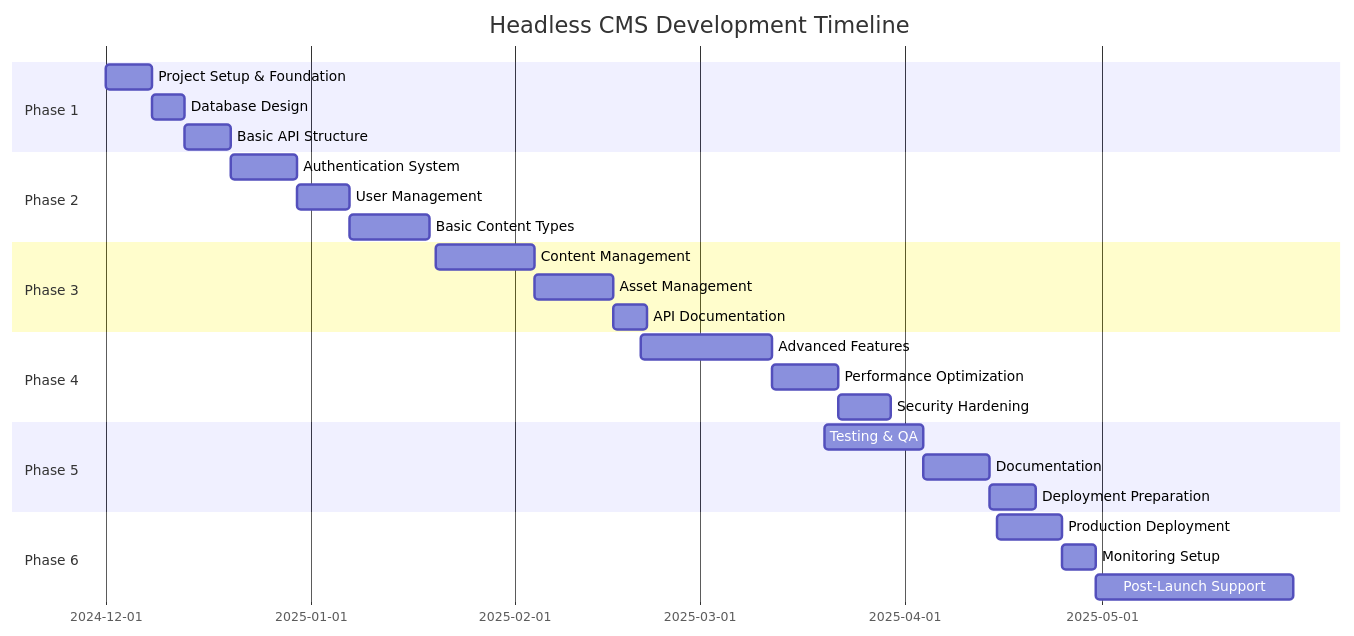
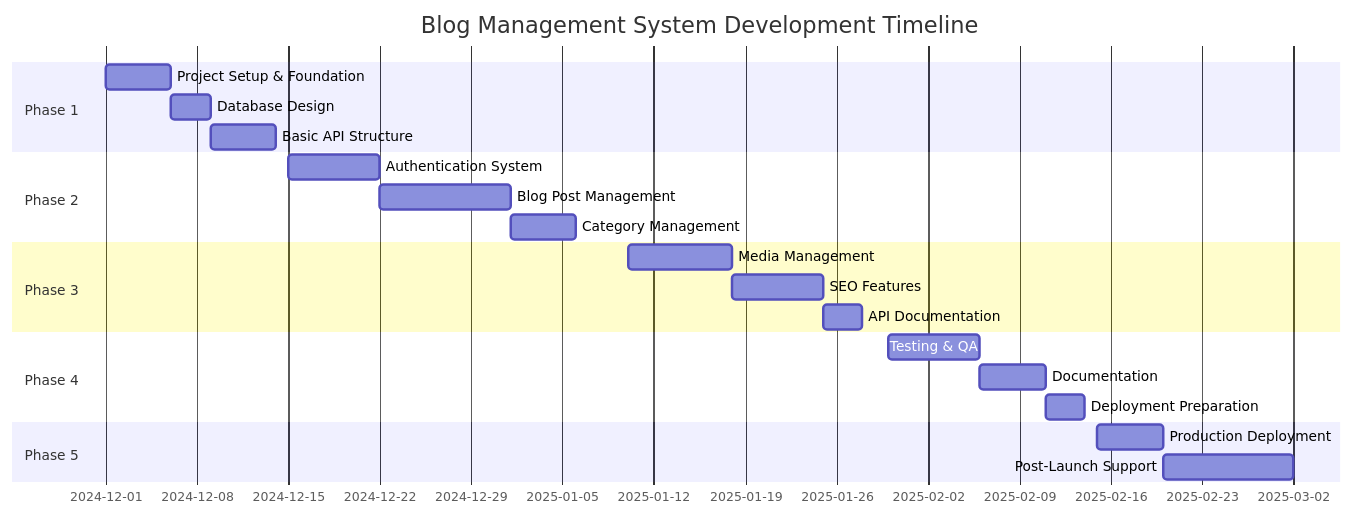
One commit to Dragon745/Content-Management-System changed the first of 5 diagrams in ROADMAP.md. Above: the diagram before and after it, drawn with Mermaid. The commit also changed other lines of this file and 1 other file, not shown here.

````diff
--- a/ROADMAP.md
+++ b/ROADMAP.md
@@ -50,34 +50,28 @@
 ```mermaid
 gantt
-    title Headless CMS Development Timeline
+    title Blog Management System Development Timeline
     dateFormat  YYYY-MM-DD
     section Phase 1
-    Project Setup & Foundation    :setup, 2024-12-01, 7d
-    Database Design               :db-design, after setup, 5d
-    Basic API Structure           :api-structure, after db-design, 7d
+    Project Setup & Foundation    :setup, 2024-12-01, 5d
+    Database Design               :db-design, after setup, 3d
+    Basic API Structure           :api-structure, after db-design, 5d
 
     section Phase 2
-    Authentication System         :auth, 2024-12-20, 10d
-    User Management               :user-mgmt, after auth, 8d
-    Basic Content Types           :content-types, after user-mgmt, 12d
+    Authentication System         :auth, 2024-12-15, 7d
+    Blog Post Management          :blog-mgmt, after auth, 10d
+    Category Management           :category-mgmt, after blog-mgmt, 5d
 
     section Phase 3
-    Content Management            :content-mgmt, 2025-01-20, 15d
-    Asset Management              :asset-mgmt, after content-mgmt, 12d
-    API Documentation             :api-docs, after asset-mgmt, 5d
+    Media Management              :media-mgmt, 2025-01-10, 8d
+    SEO Features                  :seo-features, after media-mgmt, 7d
+    API Documentation             :api-docs, after seo-features, 3d
 
     section Phase 4
-    Advanced Features             :advanced, 2025-02-20, 20d
-    Performance Optimization      :perf-opt, after advanced, 10d
-    Security Hardening            :security, after perf-opt, 8d
+    Testing & QA                  :testing, 2025-01-30, 7d
+    Documentation                 :docs, after testing, 5d
+    Deployment Preparation        :deploy-prep, after docs, 3d
 
     section Phase 5
-    Testing & QA                  :testing, 2025-03-20, 15d
-    Documentation                 :docs, after testing, 10d
-    Deployment Preparation        :deploy-prep, after docs, 7d
-
-    section Phase 6
-    Production Deployment         :production, 2025-04-15, 10d
-    Monitoring Setup              :monitoring, after production, 5d
-    Post-Launch Support           :support, after monitoring, 30d
+    Production Deployment         :production, 2025-02-15, 5d
+    Post-Launch Support           :support, after production, 10d
 ```
````
